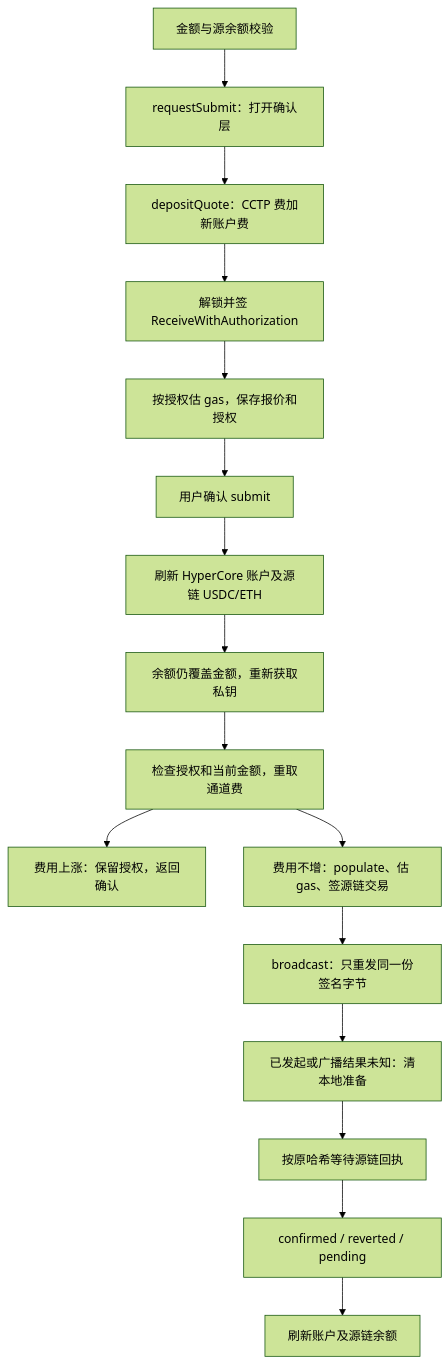
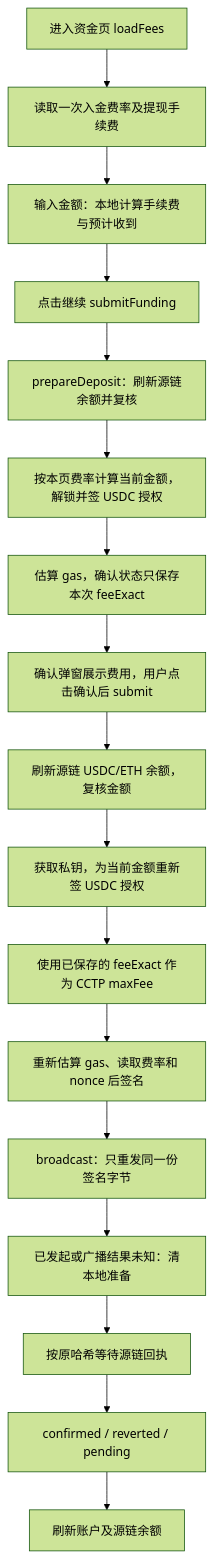
The diagram in src/app/popup/perps/perps-funding/README.md (NeoNEXT/neoline), drawn with Mermaid (forest theme) before and after one commit. The commit also changed other lines of this file and 17 other files, not shown here.

First line of the commit message:
feat: streamline perps funding fees and confirmation flow

````diff
--- a/src/app/popup/perps/perps-funding/README.md
+++ b/src/app/popup/perps/perps-funding/README.md
@@ -92,18 +95,19 @@
 ```mermaid
 flowchart TD
-  A[金额与源余额校验] --> B[requestSubmit：打开确认层]
-  B --> C[depositQuote：CCTP 费加新账户费]
-  C --> D[解锁并签 ReceiveWithAuthorization]
-  D --> E[按授权估 gas，保存报价和授权]
-  E --> F[用户确认 submit]
-  F --> G[刷新 HyperCore 账户及源链 USDC/ETH]
-  G --> H[余额仍覆盖金额，重新获取私钥]
-  H --> I[检查授权和当前金额，重取通道费]
-  I --> J[费用上涨：保留授权，返回确认]
-  I --> K[费用不增：populate、估 gas、签源链交易]
-  K --> L[broadcast：只重发同一份签名字节]
-  L --> M[已发起或广播结果未知：清本地准备]
-  M --> N[按原哈希等待源链回执]
-  N --> O[confirmed / reverted / pending]
-  O --> P[刷新账户及源链余额]
+  A[进入资金页 loadFees] --> B[读取一次入金费率及提现手续费]
+  B --> C[输入金额：本地计算手续费与预计收到]
+  C --> D[点击继续 submitFunding]
+  D --> E[prepareDeposit：刷新源链余额并复核]
+  E --> F[按本页费率计算当前金额，解锁并签 USDC 授权]
+  F --> G[估算 gas，确认状态只保存本次 feeExact]
+  G --> H[确认弹窗展示费用，用户点击确认后 submit]
+  H --> I[刷新源链 USDC/ETH 余额，复核金额]
+  I --> J[获取私钥，为当前金额重新签 USDC 授权]
+  J --> K[使用已保存的 feeExact 作为 CCTP maxFee]
+  K --> L[重新估算 gas、读取费率和 nonce 后签名]
+  L --> M[broadcast：只重发同一份签名字节]
+  M --> N[已发起或广播结果未知：清本地准备]
+  N --> O[按原哈希等待源链回执]
+  O --> P[confirmed / reverted / pending]
+  P --> Q[刷新账户及源链余额]
 ```
````
